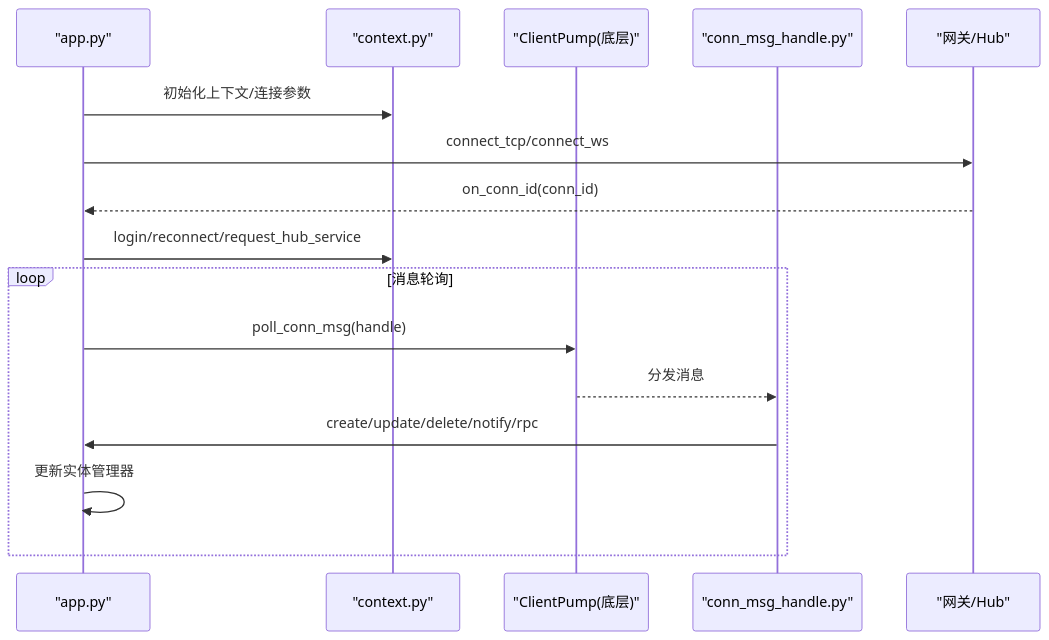
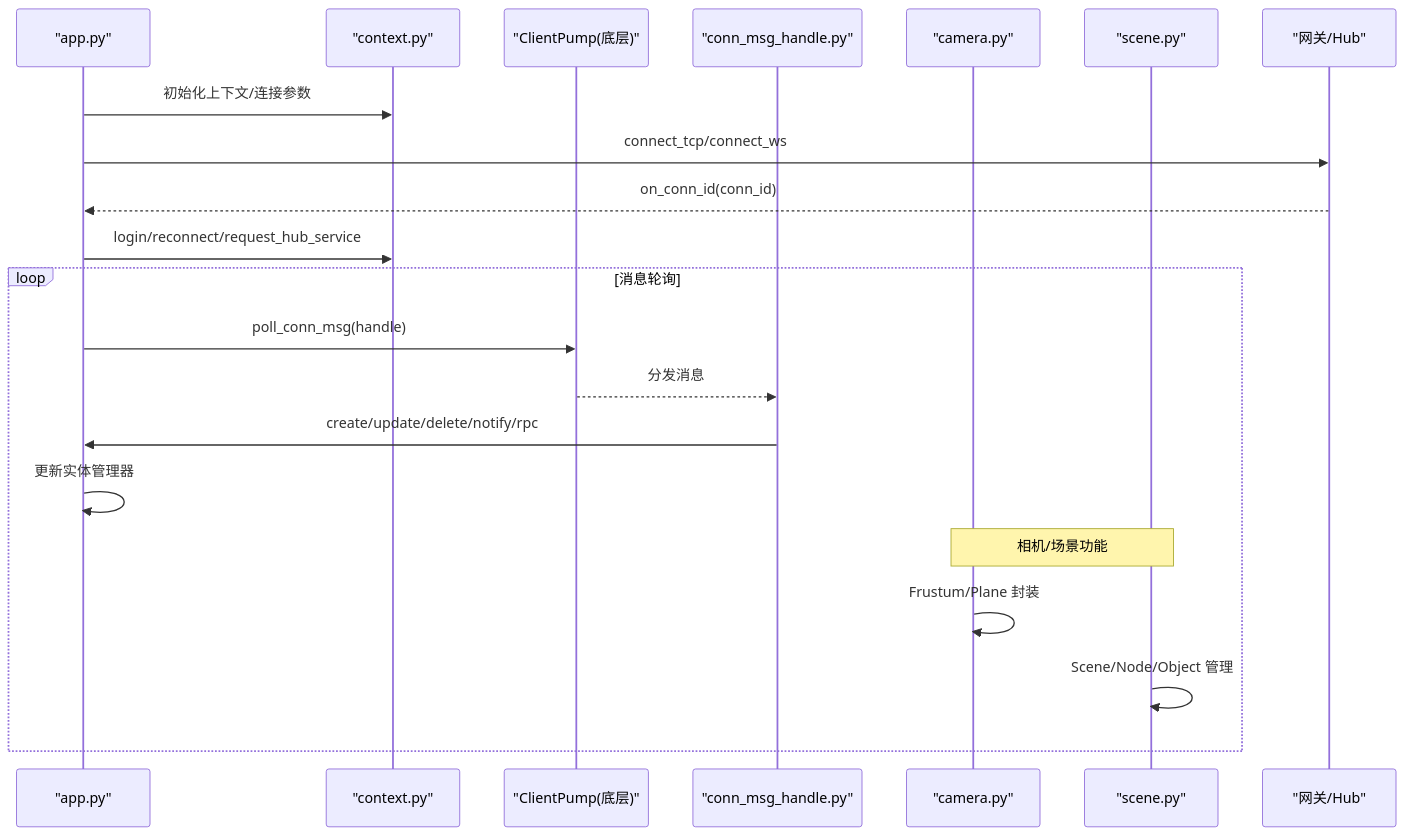
Before and after one commit to qianqians/geese: the second of 10 diagrams in .qoder/repowiki/zh/content/客户端 SDK/Python 客户端.md, drawn with Mermaid. The commit also changed other lines of this file and 8 other files, not shown here.

````diff
--- a/.qoder/repowiki/zh/content/客户端 SDK/Python 客户端.md
+++ b/.qoder/repowiki/zh/content/客户端 SDK/Python 客户端.md
@@ -117,18 +141,23 @@
 ```mermaid
 sequenceDiagram
 participant App as "app.py"
 participant Ctx as "context.py"
 participant Pump as "ClientPump(底层)"
 participant CMH as "conn_msg_handle.py"
+participant Cam as "camera.py"
+participant Scn as "scene.py"
 participant Net as "网关/Hub"
 App->>Ctx : 初始化上下文/连接参数
 App->>Net : connect_tcp/connect_ws
 Net-->>App : on_conn_id(conn_id)
 App->>Ctx : login/reconnect/request_hub_service
 loop 消息轮询
 App->>Pump : poll_conn_msg(handle)
 Pump-->>CMH : 分发消息
 CMH->>App : create/update/delete/notify/rpc
 App->>App : 更新实体管理器
+Note over Cam,Scn : 相机/场景功能
+Cam->>Cam : Frustum/Plane 封装
+Scn->>Scn : Scene/Node/Object 管理
 end
 ```
````
